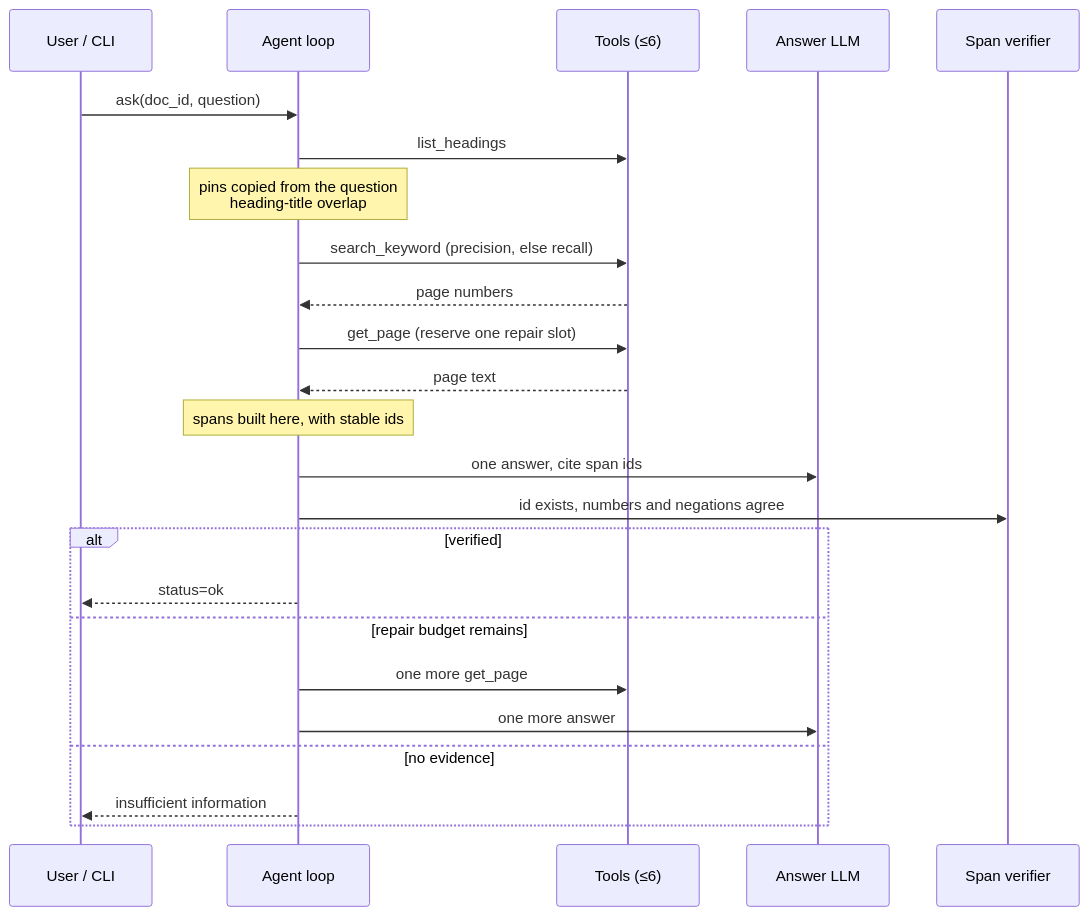
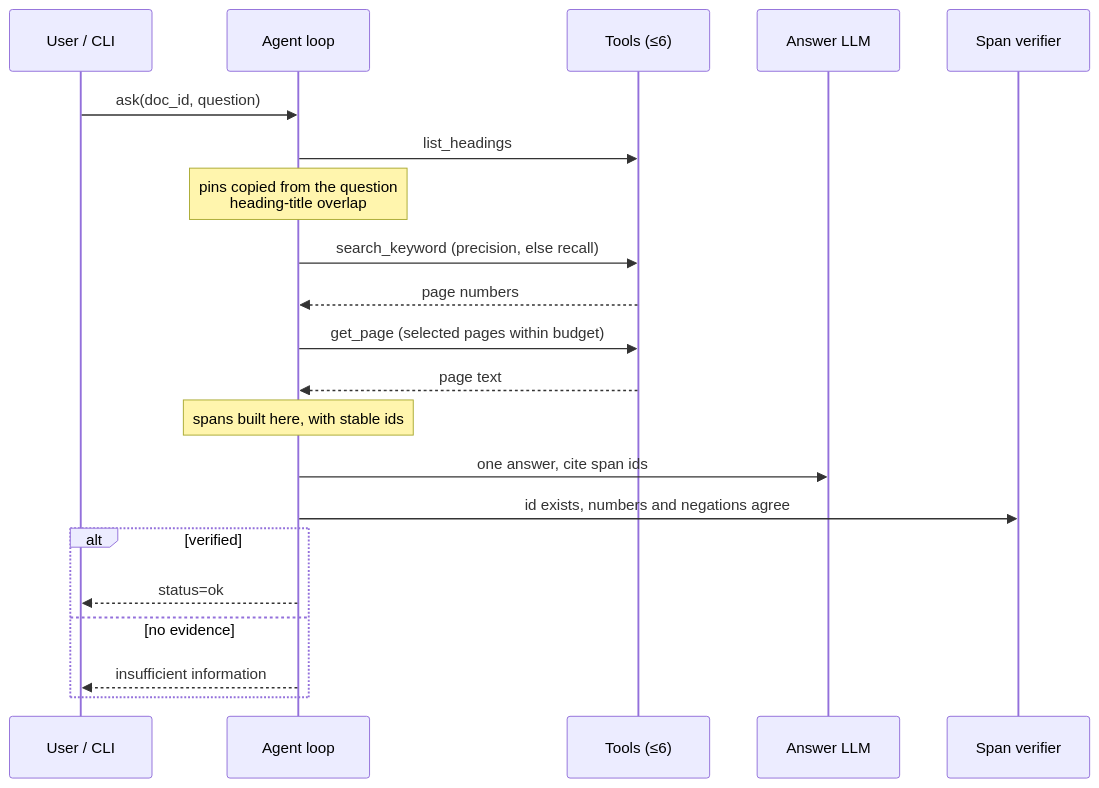
Before and after one commit to riyaz-ahamed-07/SixCall: the fourth of 9 diagrams in README.md, drawn with Mermaid. The commit also changed other lines of this file and 32 other files, not shown here.

````diff
--- a/README.md
+++ b/README.md
@@ -179,27 +179,24 @@
 ```mermaid
 sequenceDiagram
   participant U as User / CLI
   participant A as Agent loop
   participant T as Tools (≤6)
   participant Ans as Answer LLM
   participant V as Span verifier
 
   U->>A: ask(doc_id, question)
   A->>T: list_headings
   Note over A: pins copied from the question<br/>heading-title overlap
   A->>T: search_keyword (precision, else recall)
   T-->>A: page numbers
-  A->>T: get_page (reserve one repair slot)
+  A->>T: get_page (selected pages within budget)
   T-->>A: page text
   Note over A: spans built here, with stable ids
   A->>Ans: one answer, cite span ids
   A->>V: id exists, numbers and negations agree
   alt verified
     A-->>U: status=ok
-  else repair budget remains
-    A->>T: one more get_page
-    A->>Ans: one more answer
   else no evidence
     A-->>U: insufficient information
   end
 ```
````
